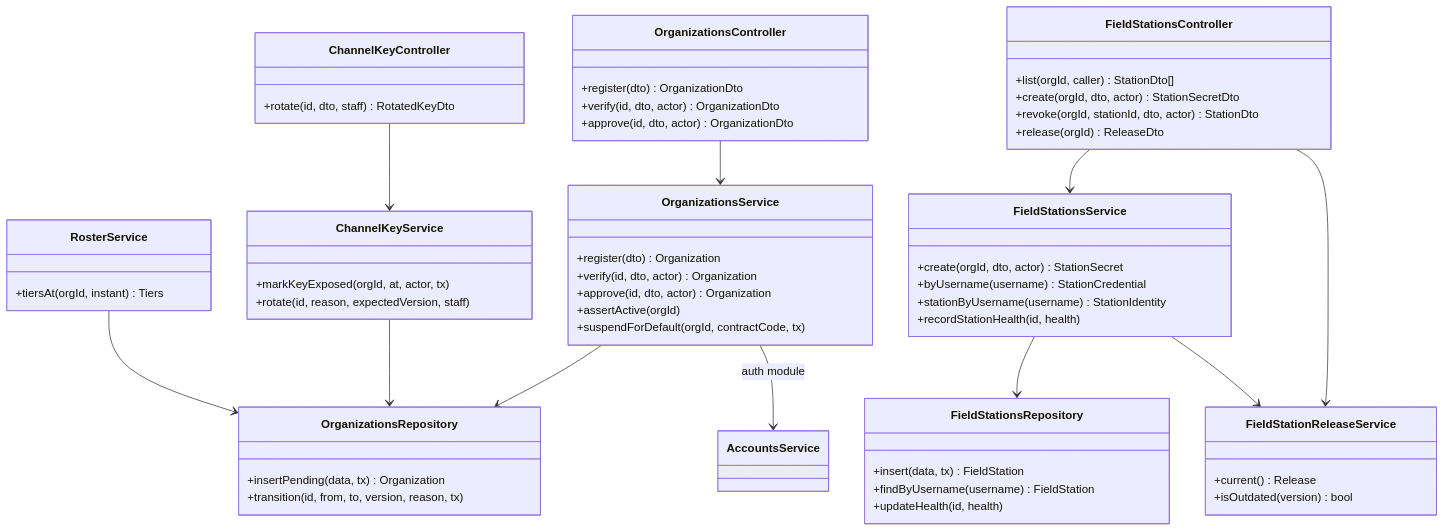
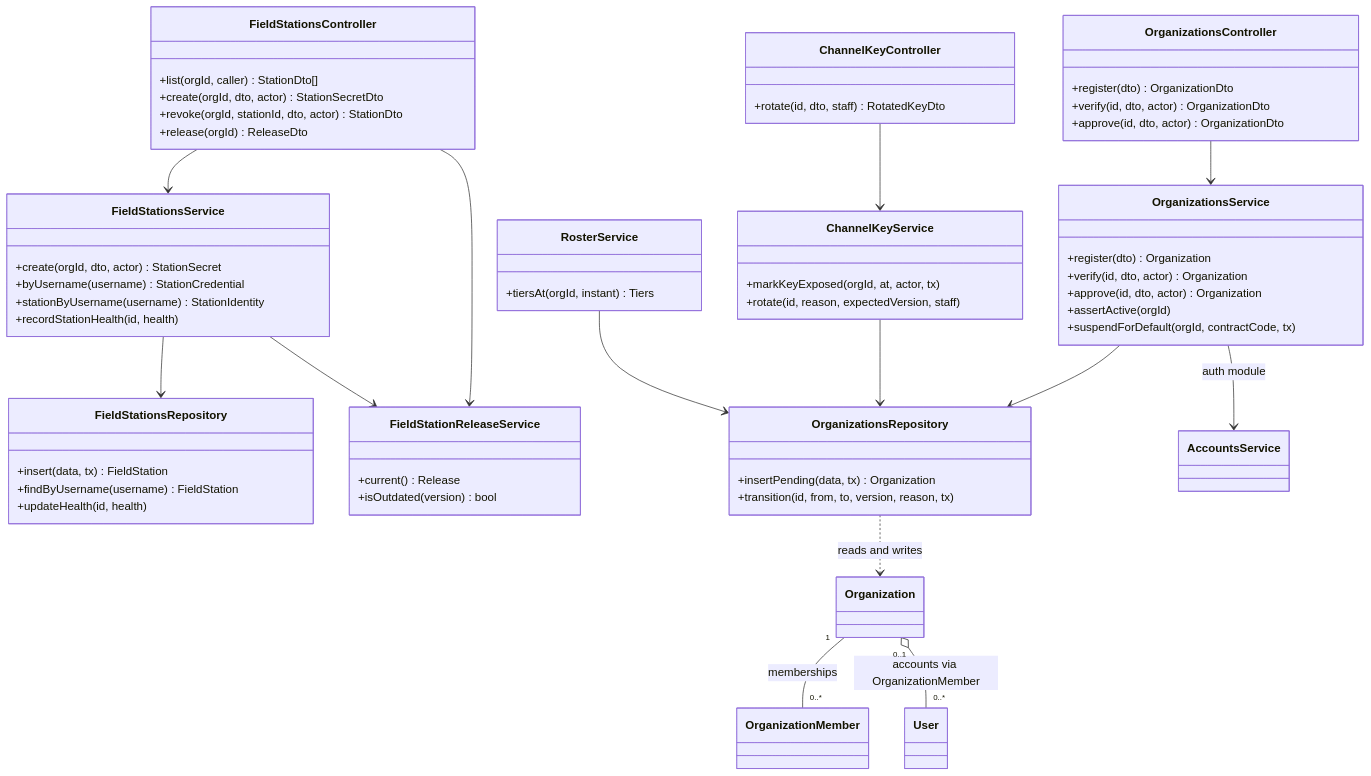
The fourth of 11 diagrams in specs/organizations/design.md (TrekLink-Team/treklink-web), drawn with Mermaid before and after one commit. The commit also changed other lines of this file and 7 other files, not shown here.

First line of the commit message:
docs: add code-backed UML class relations and split views

````diff
--- a/specs/organizations/design.md
+++ b/specs/organizations/design.md
@@ -245,61 +245,73 @@
 ```mermaid
 classDiagram
     class OrganizationsController {
         +register(dto) OrganizationDto
         +verify(id, dto, actor) OrganizationDto
         +approve(id, dto, actor) OrganizationDto
     }
     class FieldStationsController {
         +list(orgId, caller) StationDto[]
         +create(orgId, dto, actor) StationSecretDto
         +revoke(orgId, stationId, dto, actor) StationDto
         +release(orgId) ReleaseDto
     }
     class ChannelKeyController {
         +rotate(id, dto, staff) RotatedKeyDto
     }
     class OrganizationsService {
         +register(dto) Organization
         +verify(id, dto, actor) Organization
         +approve(id, dto, actor) Organization
         +assertActive(orgId)
         +suspendForDefault(orgId, contractCode, tx)
     }
     class ChannelKeyService {
         +markKeyExposed(orgId, at, actor, tx)
         +rotate(id, reason, expectedVersion, staff)
     }
     class RosterService {
         +tiersAt(orgId, instant) Tiers
     }
     class FieldStationsService {
         +create(orgId, dto, actor) StationSecret
         +byUsername(username) StationCredential
         +stationByUsername(username) StationIdentity
         +recordStationHealth(id, health)
     }
     class FieldStationReleaseService {
         +current() Release
         +isOutdated(version) bool
     }
     class OrganizationsRepository {
         +insertPending(data, tx) Organization
         +transition(id, from, to, version, reason, tx)
     }
     class FieldStationsRepository {
         +insert(data, tx) FieldStation
         +findByUsername(username) FieldStation
         +updateHealth(id, health)
     }
     class AccountsService
     OrganizationsController --> OrganizationsService
     ChannelKeyController --> ChannelKeyService
     FieldStationsController --> FieldStationsService
     FieldStationsController --> FieldStationReleaseService
     OrganizationsService --> OrganizationsRepository
     ChannelKeyService --> OrganizationsRepository
     OrganizationsService --> AccountsService : auth module
     RosterService --> OrganizationsRepository
     FieldStationsService --> FieldStationsRepository
     FieldStationsService --> FieldStationReleaseService
+
+    class Organization
+    class OrganizationMember
+    class User
+    %% backend/prisma/schema.prisma:468-486; required organizationId; membership records are retained.
+    Organization "1" -- "0..*" OrganizationMember : memberships
+    %% backend/prisma/schema.prisma:168,470-473; userId unique; accounts and their roles live independently of membership activity.
+    Organization "0..1" o-- "0..*" User : accounts via OrganizationMember
+    %% backend/src/modules/organizations/organizations.repository.ts:119; creates pending organizations.
+    OrganizationsRepository ..> Organization : reads and writes
+    %% sdd-view: operations | OrganizationsController,FieldStationsController,ChannelKeyController,OrganizationsService,ChannelKeyService,RosterService,FieldStationsService,FieldStationReleaseService,OrganizationsRepository,FieldStationsRepository,AccountsService
+    %% sdd-view: domain relations | Organization,OrganizationMember,User
 ```
````
